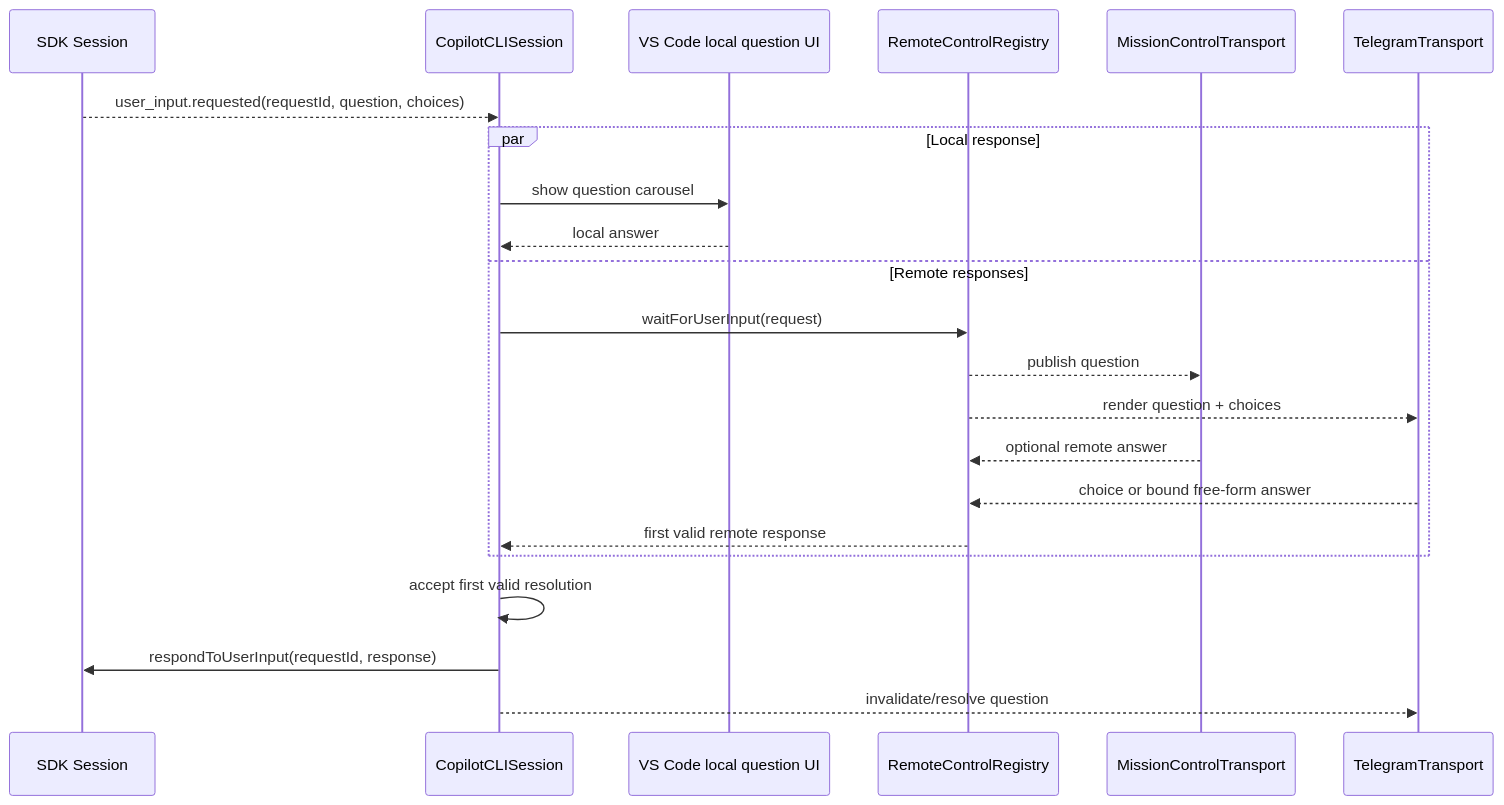
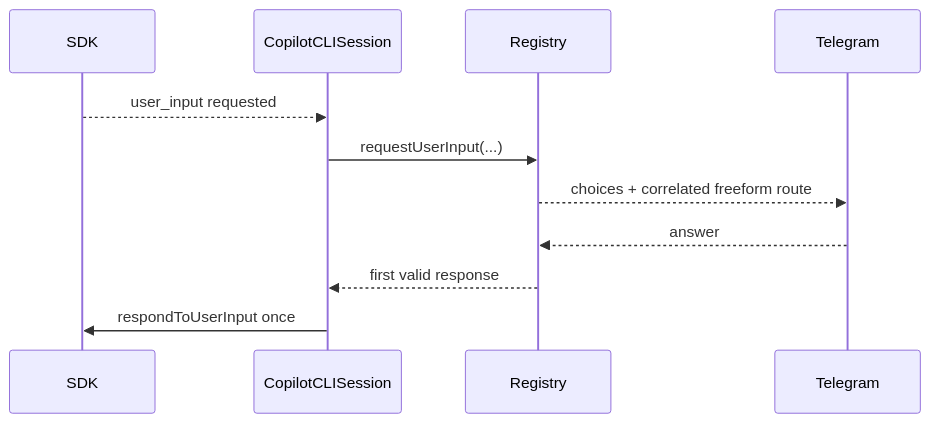
Diagram 12 of 17 in extensions/copilot/docs/telegram-remote/CALL_FLOWS.md (SachiHarshitha/vscode-telegram), drawn with Mermaid before and after one commit. The commit also changed other lines of this file, not shown here.

Commit message:
docs(telegram-remote): align call flows with current runtime

````diff
--- a/extensions/copilot/docs/telegram-remote/CALL_FLOWS.md
+++ b/extensions/copilot/docs/telegram-remote/CALL_FLOWS.md
@@ -313,25 +278,14 @@
 ```mermaid
 sequenceDiagram
-    participant SDK as SDK Session
+    participant SDK as SDK
     participant S as CopilotCLISession
-    participant VS as VS Code local question UI
-    participant C as RemoteControlRegistry
-    participant M as MissionControlTransport
-    participant T as TelegramTransport
+    participant REG as Registry
+    participant TG as Telegram
 
-    SDK-->>S: user_input.requested(requestId, question, choices)
-    par Local response
-        S->>VS: show question carousel
-        VS-->>S: local answer
-    and Remote responses
-        S->>C: waitForUserInput(request)
-        C-->>M: publish question
-        C-->>T: render question + choices
-        M-->>C: optional remote answer
-        T-->>C: choice or bound free-form answer
-        C-->>S: first valid remote response
-    end
-    S->>S: accept first valid resolution
-    S->>SDK: respondToUserInput(requestId, response)
-    S-->>T: invalidate/resolve question
+    SDK-->>S: user_input requested
+    S->>REG: requestUserInput(...)
+    REG-->>TG: choices + correlated freeform route
+    TG-->>REG: answer
+    REG-->>S: first valid response
+    S->>SDK: respondToUserInput once
 ```
````
